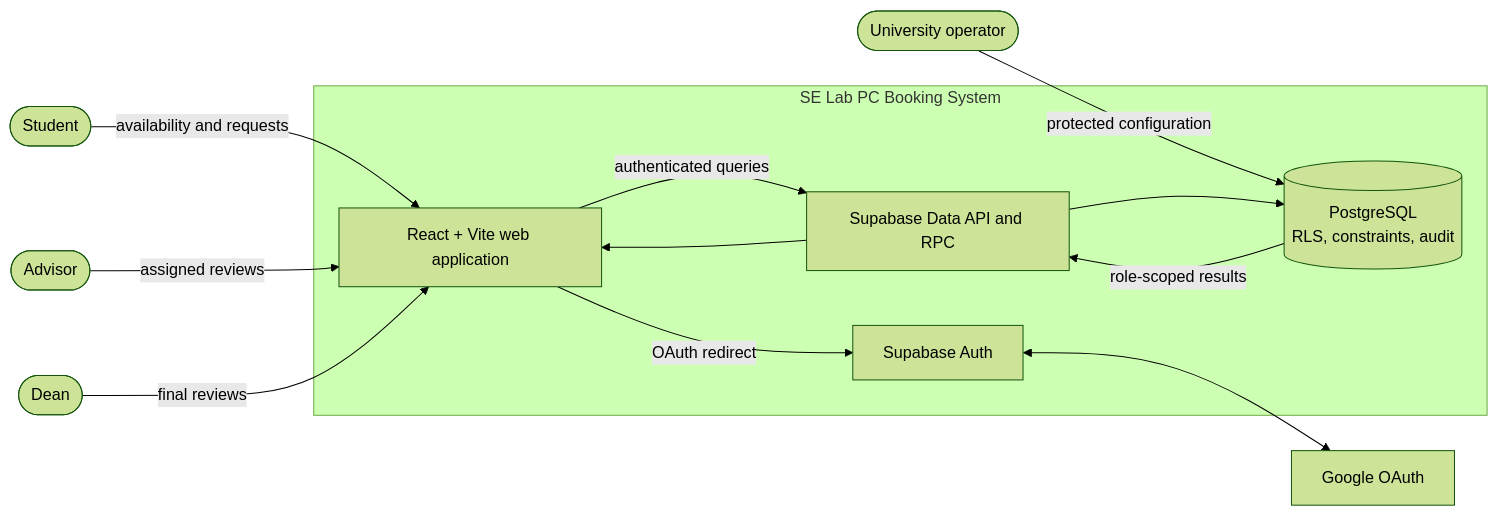
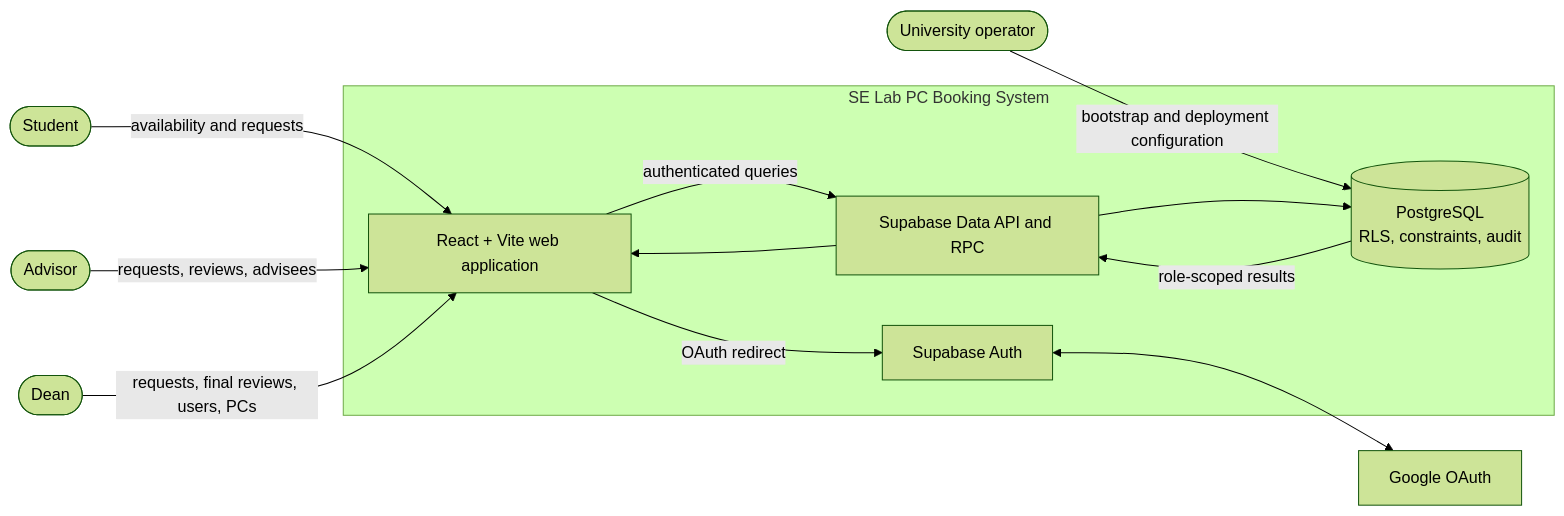
One commit to Leng201202/SE-Lab-Booking-System changed the diagram in .docs/02-design/diagrams/01-context-diagram.md. Above: the diagram before and after it, drawn with Mermaid (forest theme). The commit also changed 38 other files, not shown here.

```diff
--- a/.docs/02-design/diagrams/01-context-diagram.md
+++ b/.docs/02-design/diagrams/01-context-diagram.md
@@ -3,27 +3,27 @@
 ~~~mermaid
 flowchart LR
     Student([Student])
     Advisor([Advisor])
     Dean([Dean])
     Operator([University operator])
     Google[Google OAuth]
 
     subgraph System["SE Lab PC Booking System"]
         Web[React + Vite web application]
         Auth[Supabase Auth]
         API[Supabase Data API and RPC]
         DB[(PostgreSQL\nRLS, constraints, audit)]
     end
 
     Student -->|availability and requests| Web
-    Advisor -->|assigned reviews| Web
-    Dean -->|final reviews| Web
-    Operator -->|protected configuration| DB
+    Advisor -->|requests, reviews, advisees| Web
+    Dean -->|requests, final reviews, users, PCs| Web
+    Operator -->|bootstrap and deployment configuration| DB
 
     Web -->|OAuth redirect| Auth
     Auth <--> Google
     Web -->|authenticated queries| API
     API --> DB
     DB -->|role-scoped results| API
     API --> Web
 ~~~
```
